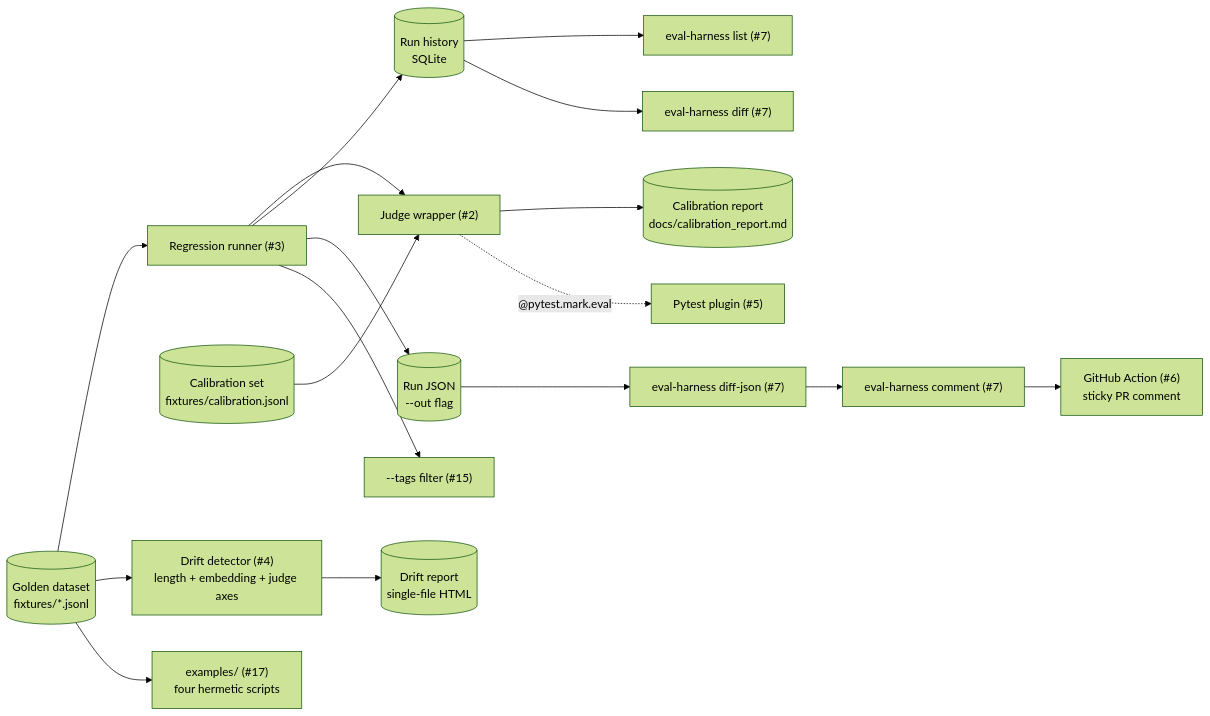
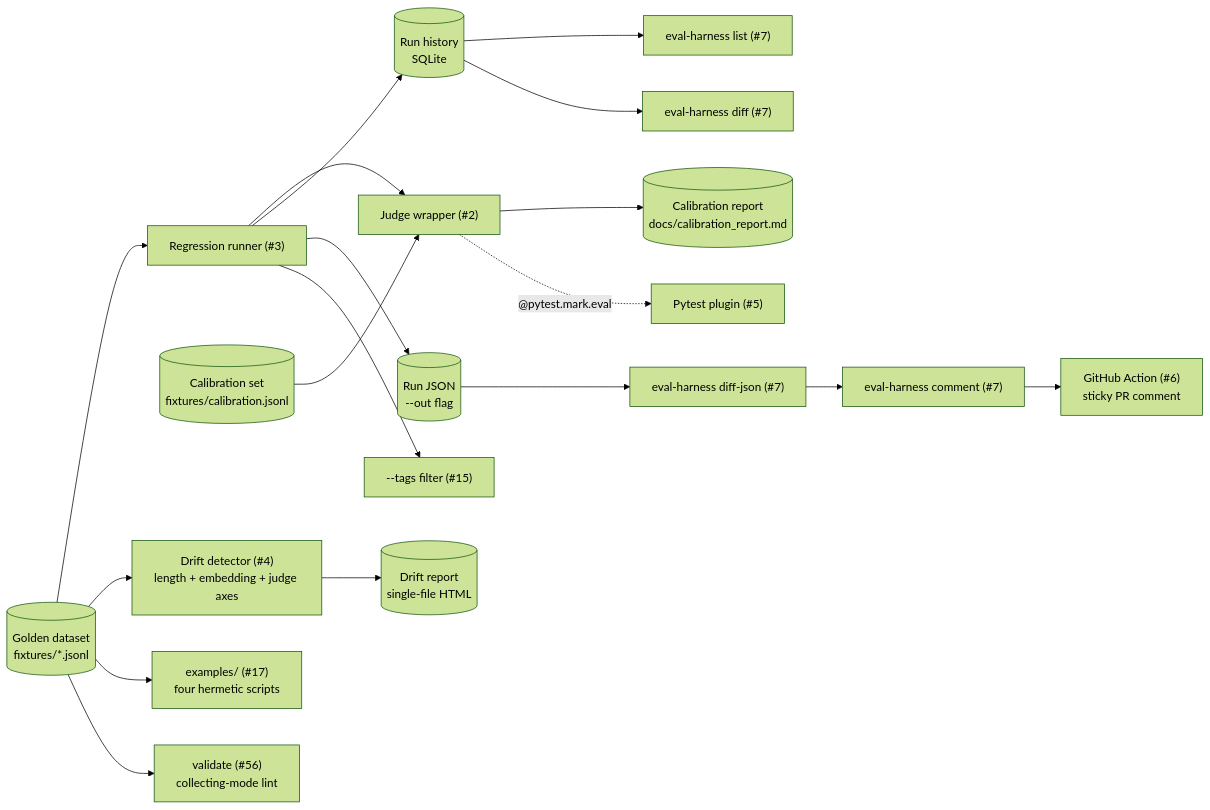
The diagram in README.md (jt-mchorse/llm-eval-harness), drawn with Mermaid (forest theme) before and after one commit. The commit also changed other lines of this file and 9 other files, not shown here.

First line of the commit message:
feat(validate): eval-harness validate — collecting-mode dataset lint (#57)

````diff
--- a/README.md
+++ b/README.md
@@ -67,19 +73,20 @@
 ```mermaid
 flowchart LR
   DS[("Golden dataset<br/>fixtures/*.jsonl")] --> RUN["Regression runner (#3)"]
   CAL[("Calibration set<br/>fixtures/calibration.jsonl")] --> JUDGE
   JUDGE["Judge wrapper (#2)"] --> CALOUT[("Calibration report<br/>docs/calibration_report.md")]
   RUN --> JUDGE
   RUN --> SQLITE[("Run history<br/>SQLite")]
   SQLITE --> LIST["eval-harness list (#7)"]
   SQLITE --> DIFF["eval-harness diff (#7)"]
   RUN --> JSON[("Run JSON<br/>--out flag")]
   JSON --> DIFFJSON["eval-harness diff-json (#7)"]
   DIFFJSON --> COMMENT["eval-harness comment (#7)"]
   COMMENT --> ACTION["GitHub Action (#6)<br/>sticky PR comment"]
   RUN --> TAGS["--tags filter (#15)"]
   DS --> DRIFT["Drift detector (#4)<br/>length + embedding + judge axes"]
   DRIFT --> HTML[("Drift report<br/>single-file HTML")]
   JUDGE -.->|"@pytest.mark.eval"| PYTEST["Pytest plugin (#5)"]
   DS --> EXAMPLES["examples/ (#17)<br/>four hermetic scripts"]
+  DS --> VALIDATE["validate (#56)<br/>collecting-mode lint"]
 ```
````
